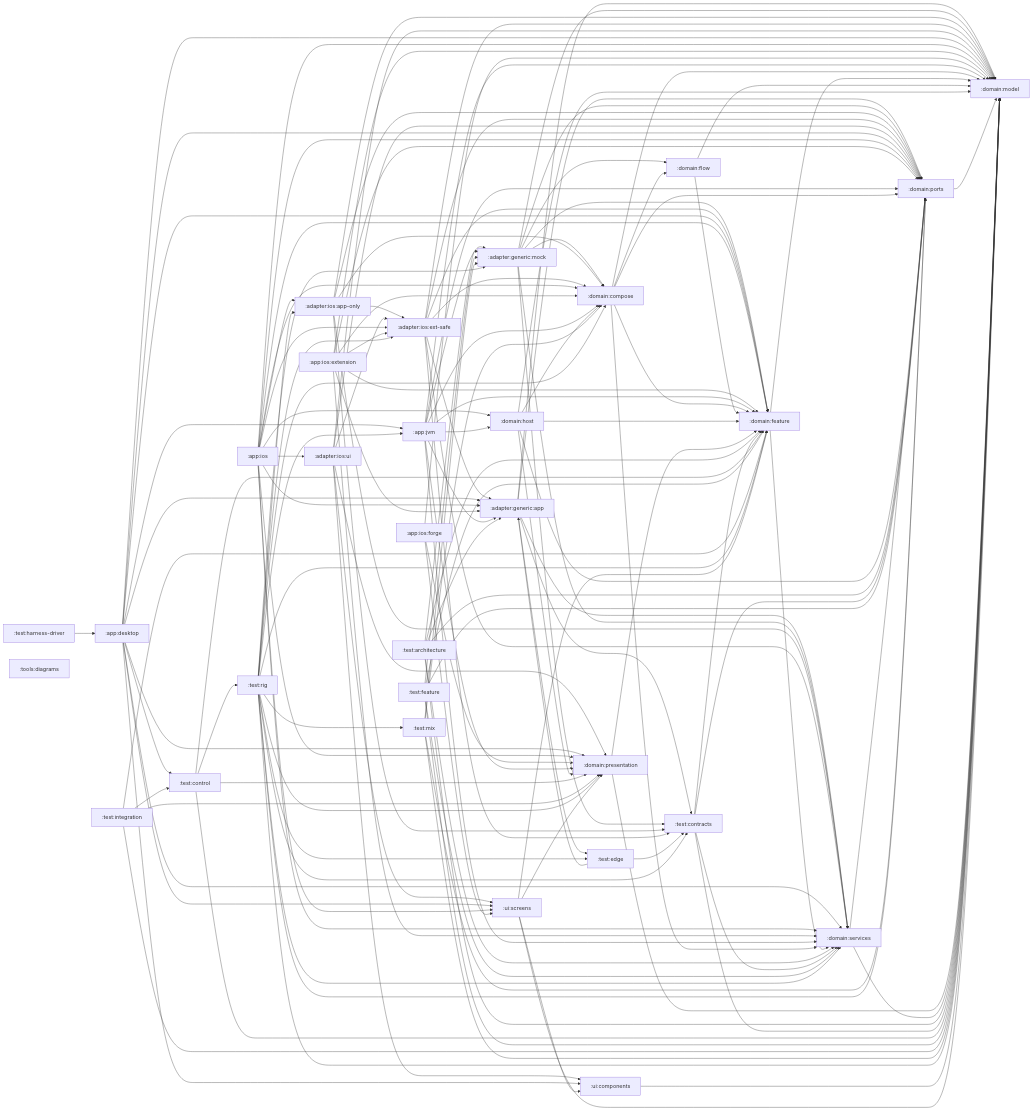
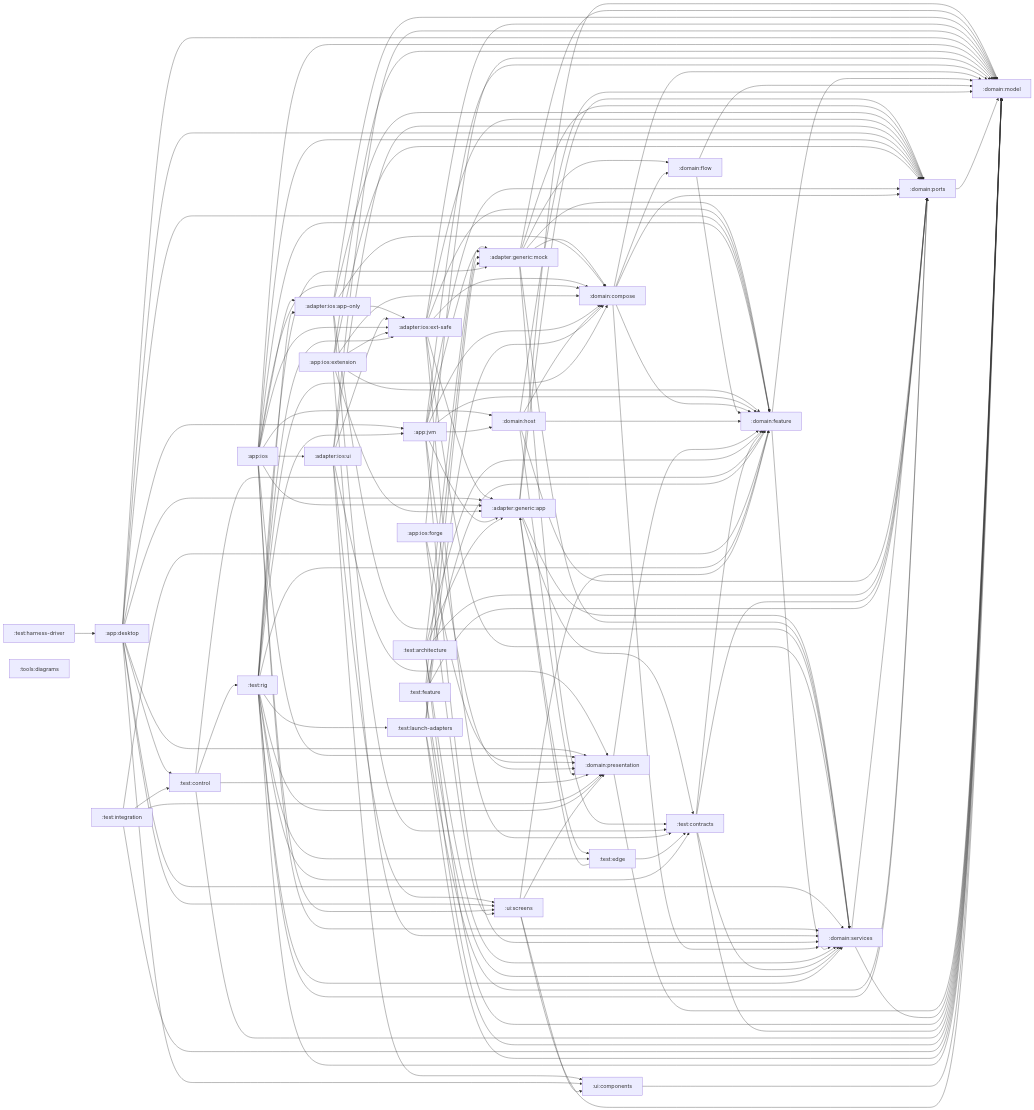
The diagram in architecture/modules.md (stefanhoelzl/SnapSync), drawn with Mermaid before and after one commit. The commit also changed 50 other files, not shown here.

First line of the commit message:
internal(rig): name the launch-time mix "launch adapters"

```diff
--- a/architecture/modules.md
+++ b/architecture/modules.md
@@ -34,7 +34,7 @@
   test_feature[":test:feature"]
   test_harness_driver[":test:harness-driver"]
   test_integration[":test:integration"]
-  test_mix[":test:mix"]
+  test_launch_adapters[":test:launch-adapters"]
   test_rig[":test:rig"]
   tools_diagrams[":tools:diagrams"]
   ui_components[":ui:components"]
@@ -156,10 +156,10 @@
   test_integration --> domain_model
   test_integration --> domain_presentation
   test_integration --> test_control
-  test_mix --> adapter_generic_mock
-  test_mix --> domain_compose
-  test_mix --> domain_model
-  test_mix --> domain_ports
+  test_launch_adapters --> adapter_generic_mock
+  test_launch_adapters --> domain_compose
+  test_launch_adapters --> domain_model
+  test_launch_adapters --> domain_ports
   test_rig --> adapter_generic_mock
   test_rig --> adapter_ios_app_only
   test_rig --> adapter_ios_ext_safe
@@ -172,7 +172,7 @@
   test_rig --> domain_services
   test_rig --> test_contracts
   test_rig --> test_edge
-  test_rig --> test_mix
+  test_rig --> test_launch_adapters
   ui_components --> domain_model
   ui_screens --> domain_feature
   ui_screens --> domain_model
```
